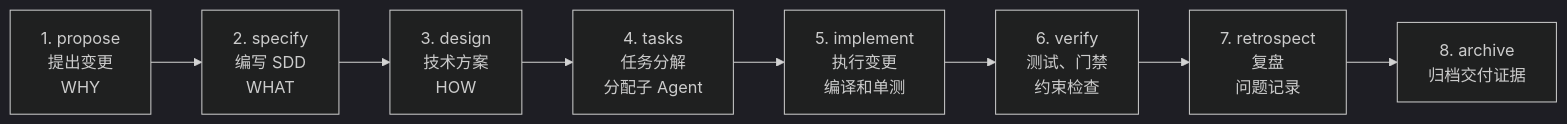
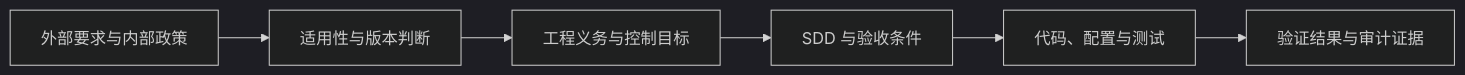
Before and after one commit to jerrywang33/emi-harness: the first of 3 diagrams in README.md, drawn with Mermaid (dark theme). The commit also changed other lines of this file, not shown here.

````diff
--- a/README.md
+++ b/README.md
@@ -144,13 +48,8 @@
 ```mermaid
 flowchart LR
-    propose["1. propose\n提出变更\nWHY"]
-    specify["2. specify\n编写 SDD\nWHAT"]
-    design["3. design\n技术方案\nHOW"]
-    tasks["4. tasks\n任务分解\n分配子 Agent"]
-    implement["5. implement\n执行变更\n编译和单测"]
-    verify["6. verify\n测试、门禁\n约束检查"]
-    retrospect["7. retrospect\n复盘\n问题记录"]
-    archive["8. archive\n归档交付证据"]
-
-    propose --> specify --> design --> tasks --> implement --> verify --> retrospect --> archive
+    source["外部要求与内部政策"] --> applicability["适用性与版本判断"]
+    applicability --> obligation["工程义务与控制目标"]
+    obligation --> contract["SDD 与验收条件"]
+    contract --> implementation["代码、配置与测试"]
+    implementation --> evidence["验证结果与审计证据"]
 ```
````
